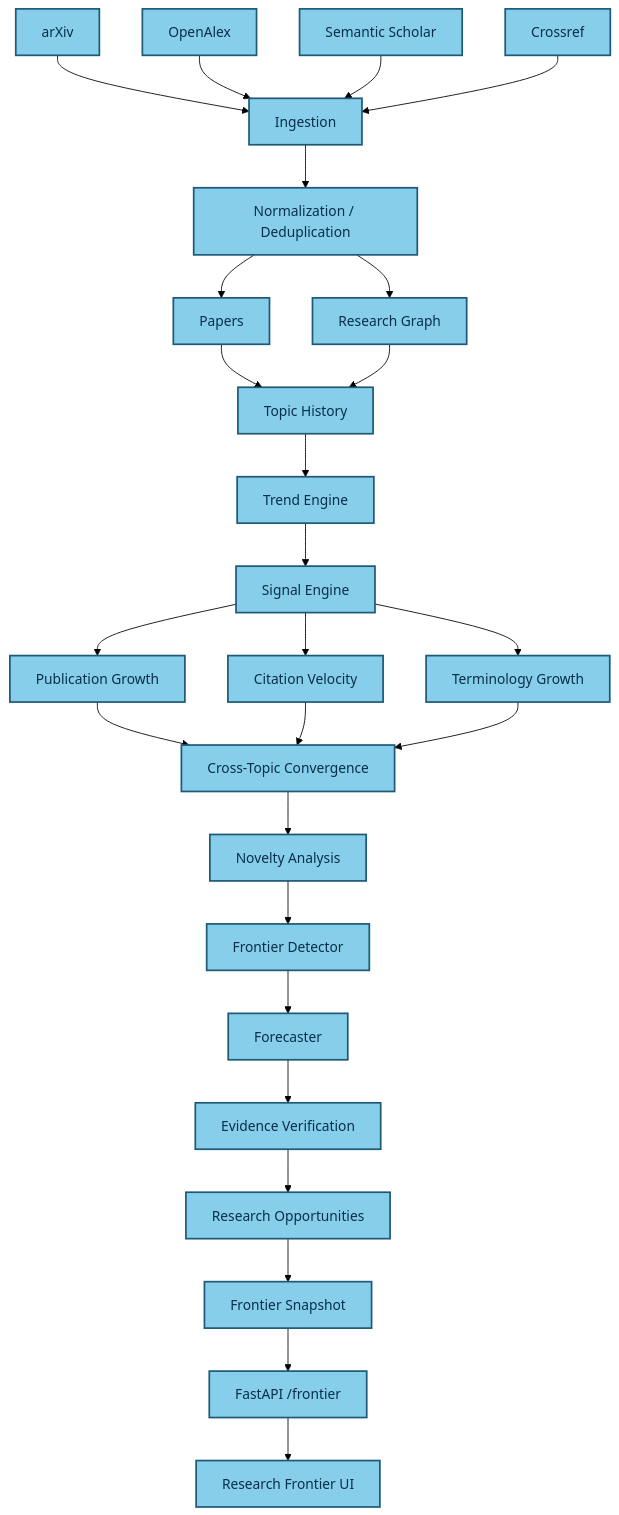
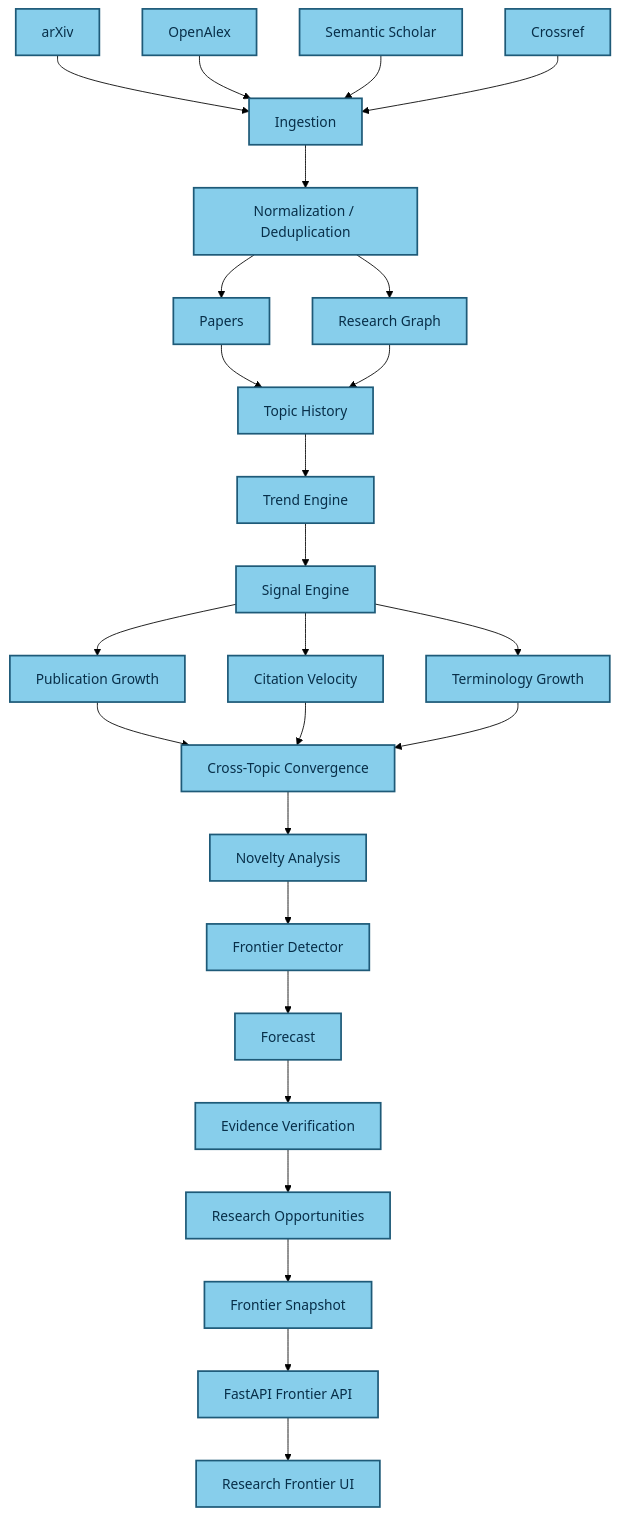
One commit to garimakumari44/ai_research_assistant changed the fifth of 5 diagrams in README.md. Above: the diagram before and after it, drawn with Mermaid (forest theme). The commit also changed other lines of this file and 1 other file, not shown here.

````diff
--- a/README.md
+++ b/README.md
@@ -812,69 +1044,70 @@
 ```mermaid
 flowchart TD
+
     A[arXiv]
     O[OpenAlex]
     S[Semantic Scholar]
     C[Crossref]
 
     I[Ingestion]
     N[Normalization / Deduplication]
+    P[Papers]
 
-    P[Papers]
     G[Research Graph]
-
     H[Topic History]
     T[Trend Engine]
     SE[Signal Engine]
 
     PG[Publication Growth]
     CV[Citation Velocity]
     TG[Terminology Growth]
 
     CONV[Cross-Topic Convergence]
     NOV[Novelty Analysis]
     FD[Frontier Detector]
-    F[Forecaster]
+    F[Forecast]
+
     V[Evidence Verification]
     RO[Research Opportunities]
     FS[Frontier Snapshot]
 
-    API[FastAPI /frontier]
+    API[FastAPI Frontier API]
     UI[Research Frontier UI]
 
     A --> I
     O --> I
     S --> I
     C --> I
 
     I --> N
-
     N --> P
     N --> G
 
     P --> H
     G --> H
 
     H --> T
     T --> SE
 
     SE --> PG
     SE --> CV
     SE --> TG
 
     PG --> CONV
     CV --> CONV
     TG --> CONV
 
     CONV --> NOV
     NOV --> FD
     FD --> F
+
     F --> V
     V --> RO
     RO --> FS
 
     FS --> API
     API --> UI
 
     classDef sky fill:#87CEEB,stroke:#1E5A78,color:#082F49,stroke-width:2px;
     class A,O,S,C,I,N,P,G,H,T,SE,PG,CV,TG,CONV,NOV,FD,F,V,RO,FS,API,UI sky;
 ```
````
